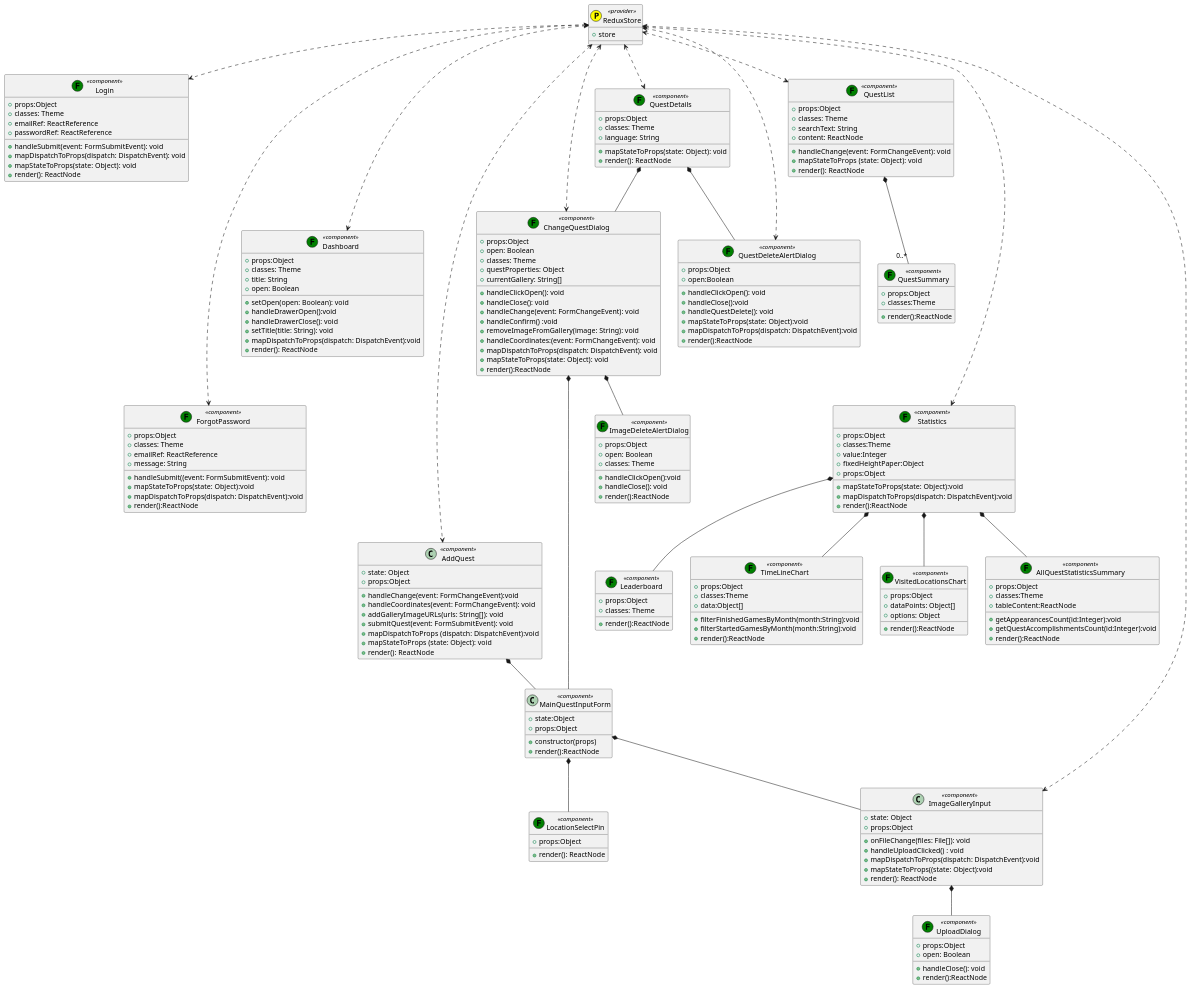
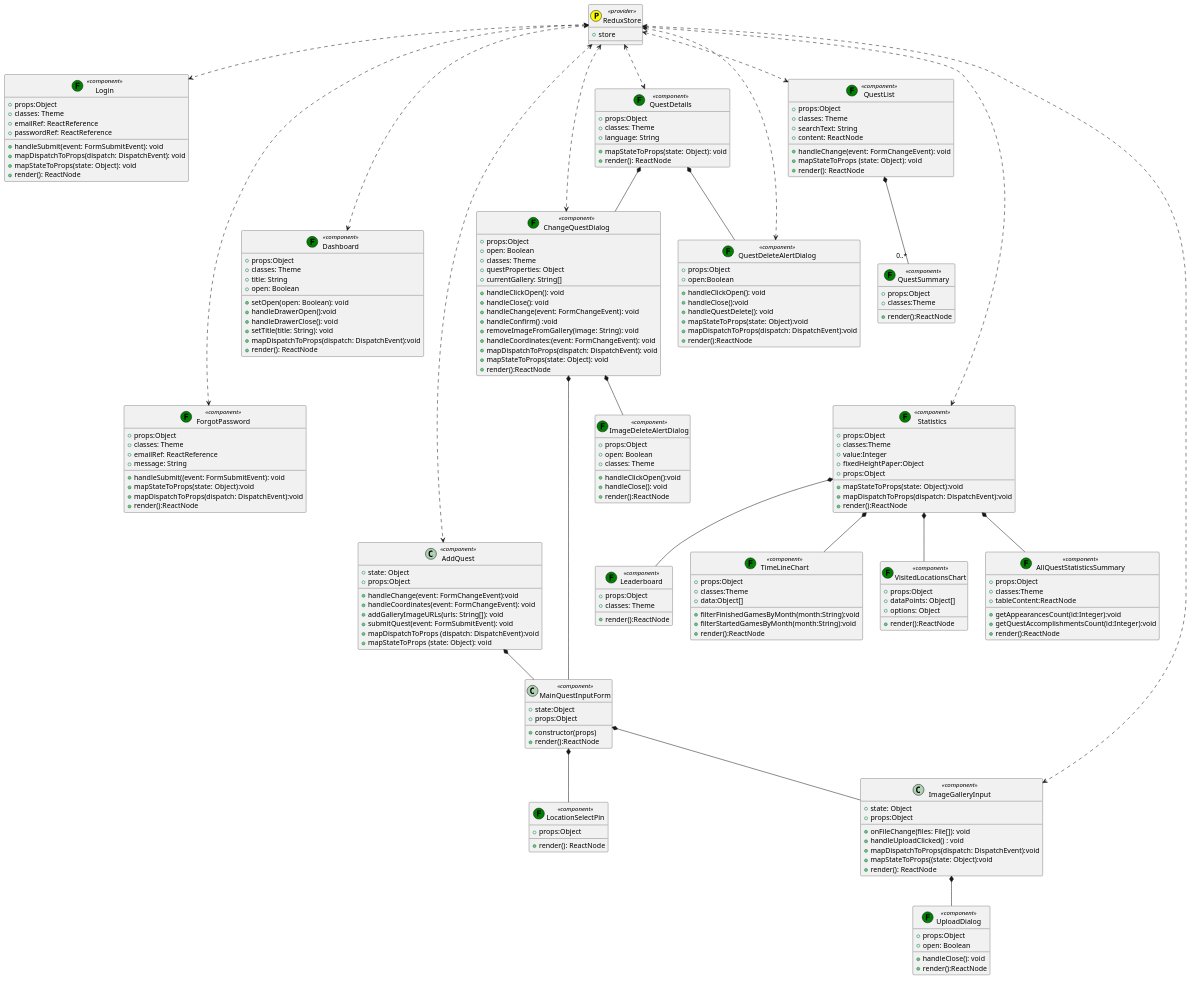
One commit to rahmo-hus/Tourist-v2 changed the diagram in plantuml/Diag.puml. Above: the diagram before and after it, drawn with PlantUML. The commit also changed 9 other files, not shown here.

```diff
--- a/plantuml/Diag.puml
+++ b/plantuml/Diag.puml
@@ -49,7 +49,7 @@
     +submitQuest(event: FormSubmitEvent): void
     +mapDispatchToProps (dispatch: DispatchEvent):void
     +mapStateToProps (state: Object): void
-    +render(): ReactNode
+
 }
 
 class QuestDetails <<(F, green) component>>
```
